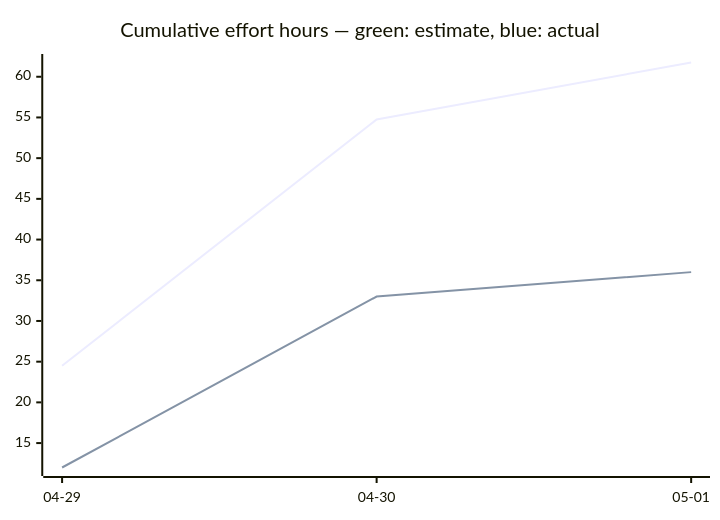
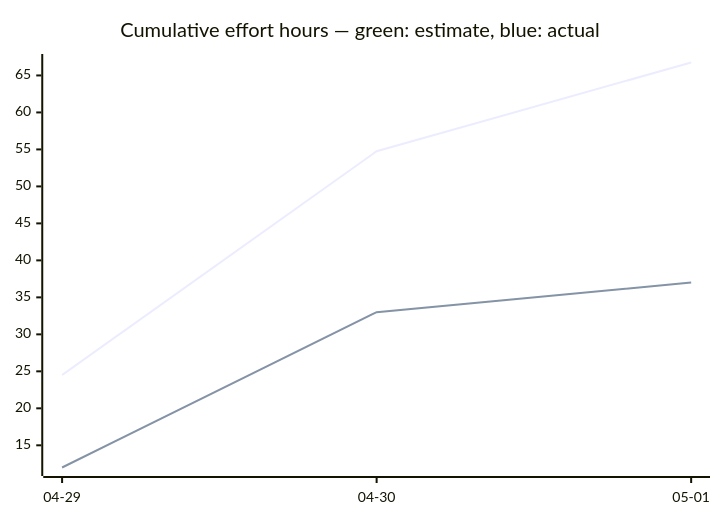
The third of 3 diagrams in docs/developers/tasks/OVERVIEW.md (tgd1975/AwesomeStudioPedal), drawn with Mermaid before and after one commit. The commit also changed other lines of this file and 9 other files, not shown here.

````diff
--- a/docs/developers/tasks/OVERVIEW.md
+++ b/docs/developers/tasks/OVERVIEW.md
@@ -40,7 +40,7 @@
 ```mermaid
 xychart-beta
     title "Cumulative effort hours — green: estimate, blue: actual"
     x-axis ["04-29", "04-30", "05-01"]
-    line [24.5, 54.75, 61.75]
-    line [12, 33, 36]
+    line [24.5, 54.75, 66.75]
+    line [12, 33, 37]
 ```
````
